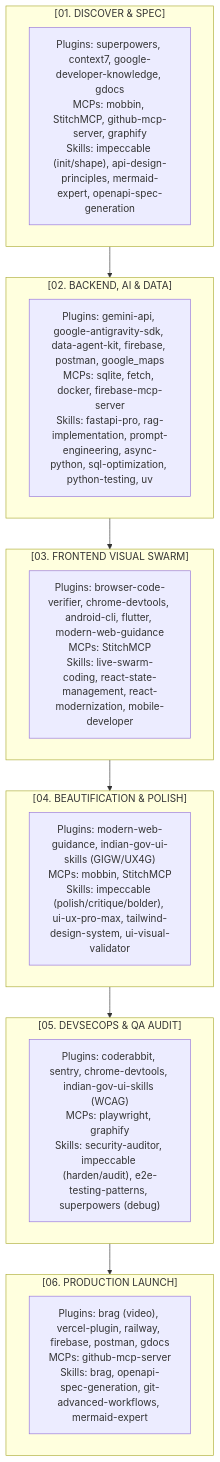
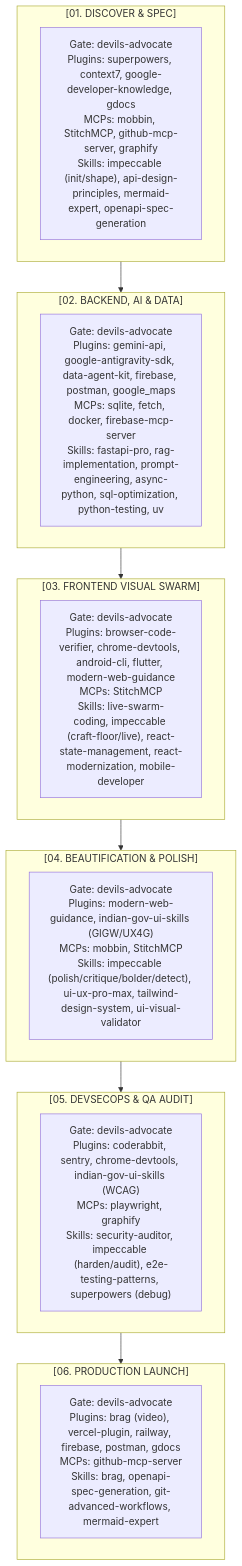
The second of 2 diagrams in README.md (VihaanR/sprint-system), drawn with Mermaid before and after one commit. The commit also changed other lines of this file and 10 other files, not shown here.

Commit message:
feat: implement devils-advocate pre-phase gating and deep impeccable integration across frontend phases

````diff
--- a/README.md
+++ b/README.md
@@ -91,28 +120,28 @@
 ```mermaid
 flowchart TD
     subgraph P1 ["[01. DISCOVER & SPEC]"]
-        t1["Plugins: superpowers, context7, google-developer-knowledge, gdocs<br/>MCPs: mobbin, StitchMCP, github-mcp-server, graphify<br/>Skills: impeccable (init/shape), api-design-principles, mermaid-expert, openapi-spec-generation"]
+        t1["Gate: devils-advocate<br/>Plugins: superpowers, context7, google-developer-knowledge, gdocs<br/>MCPs: mobbin, StitchMCP, github-mcp-server, graphify<br/>Skills: impeccable (init/shape), api-design-principles, mermaid-expert, openapi-spec-generation"]
     end
 
     subgraph P2 ["[02. BACKEND, AI & DATA]"]
-        t2["Plugins: gemini-api, google-antigravity-sdk, data-agent-kit, firebase, postman, google_maps<br/>MCPs: sqlite, fetch, docker, firebase-mcp-server<br/>Skills: fastapi-pro, rag-implementation, prompt-engineering, async-python, sql-optimization, python-testing, uv"]
+        t2["Gate: devils-advocate<br/>Plugins: gemini-api, google-antigravity-sdk, data-agent-kit, firebase, postman, google_maps<br/>MCPs: sqlite, fetch, docker, firebase-mcp-server<br/>Skills: fastapi-pro, rag-implementation, prompt-engineering, async-python, sql-optimization, python-testing, uv"]
     end
 
     subgraph P3 ["[03. FRONTEND VISUAL SWARM]"]
-        t3["Plugins: browser-code-verifier, chrome-devtools, android-cli, flutter, modern-web-guidance<br/>MCPs: StitchMCP<br/>Skills: live-swarm-coding, react-state-management, react-modernization, mobile-developer"]
+        t3["Gate: devils-advocate<br/>Plugins: browser-code-verifier, chrome-devtools, android-cli, flutter, modern-web-guidance<br/>MCPs: StitchMCP<br/>Skills: live-swarm-coding, impeccable (craft-floor/live), react-state-management, react-modernization, mobile-developer"]
     end
 
     subgraph P4 ["[04. BEAUTIFICATION & POLISH]"]
-        t4["Plugins: modern-web-guidance, indian-gov-ui-skills (GIGW/UX4G)<br/>MCPs: mobbin, StitchMCP<br/>Skills: impeccable (polish/critique/bolder), ui-ux-pro-max, tailwind-design-system, ui-visual-validator"]
+        t4["Gate: devils-advocate<br/>Plugins: modern-web-guidance, indian-gov-ui-skills (GIGW/UX4G)<br/>MCPs: mobbin, StitchMCP<br/>Skills: impeccable (polish/critique/bolder/detect), ui-ux-pro-max, tailwind-design-system, ui-visual-validator"]
     end
 
     subgraph P5 ["[05. DEVSECOPS & QA AUDIT]"]
-        t5["Plugins: coderabbit, sentry, chrome-devtools, indian-gov-ui-skills (WCAG)<br/>MCPs: playwright, graphify<br/>Skills: security-auditor, impeccable (harden/audit), e2e-testing-patterns, superpowers (debug)"]
+        t5["Gate: devils-advocate<br/>Plugins: coderabbit, sentry, chrome-devtools, indian-gov-ui-skills (WCAG)<br/>MCPs: playwright, graphify<br/>Skills: security-auditor, impeccable (harden/audit), e2e-testing-patterns, superpowers (debug)"]
     end
 
     subgraph P6 ["[06. PRODUCTION LAUNCH]"]
-        t6["Plugins: brag (video), vercel-plugin, railway, firebase, postman, gdocs<br/>MCPs: github-mcp-server<br/>Skills: brag, openapi-spec-generation, git-advanced-workflows, mermaid-expert"]
+        t6["Gate: devils-advocate<br/>Plugins: brag (video), vercel-plugin, railway, firebase, postman, gdocs<br/>MCPs: github-mcp-server<br/>Skills: brag, openapi-spec-generation, git-advanced-workflows, mermaid-expert"]
     end
 
     P1 --> P2 --> P3 --> P4 --> P5 --> P6
 ```
````
